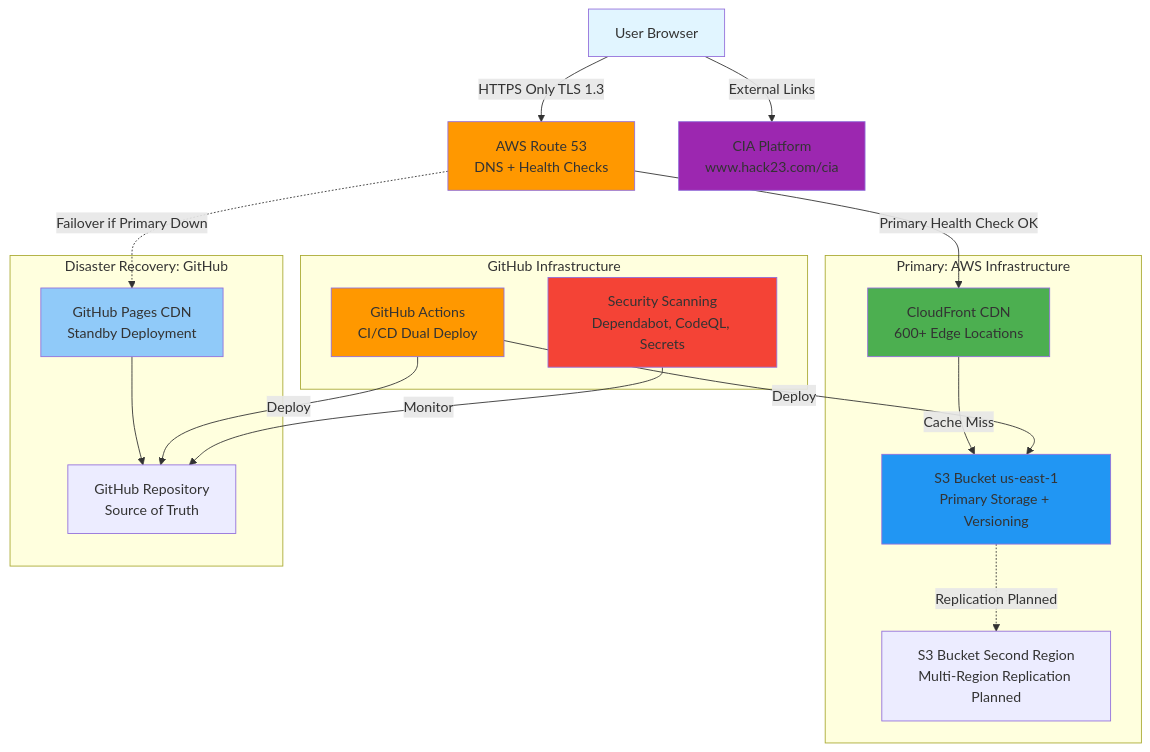
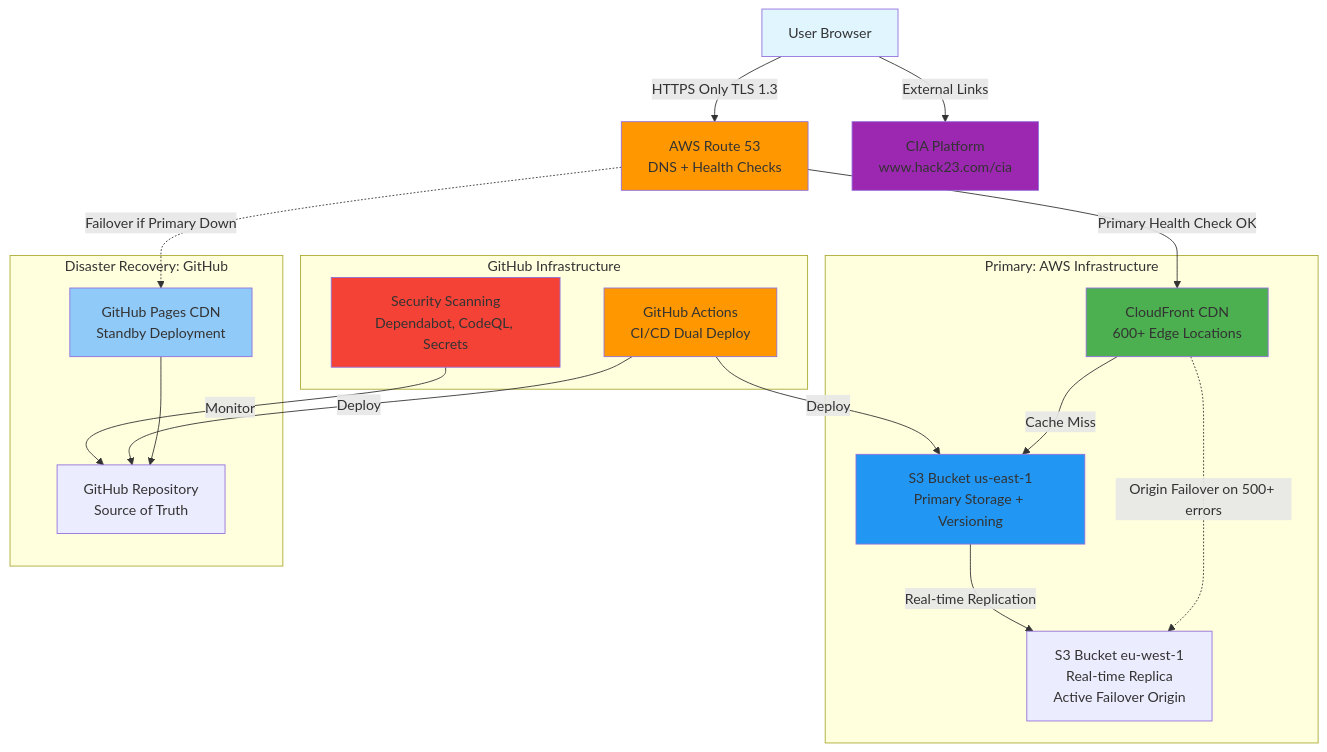
One commit to Hack23/riksdagsmonitor changed the diagram in SECURITY_ARCHITECTURE.md. Above: the diagram before and after it, drawn with Mermaid. The commit also changed other lines of this file and 3 other files, not shown here.

Commit message:
Update documentation for multi-region S3 replication (us-east-1 → eu-west-1) and CloudFront origin failover

````diff
--- a/SECURITY_ARCHITECTURE.md
+++ b/SECURITY_ARCHITECTURE.md
@@ -36,47 +36,48 @@
 ```mermaid
 graph TB
     User[User Browser]
     Route53[AWS Route 53<br/>DNS + Health Checks]
     
     subgraph "Primary: AWS Infrastructure"
         CF[CloudFront CDN<br/>600+ Edge Locations]
         S3US[S3 Bucket us-east-1<br/>Primary Storage + Versioning]
-        S3EU[S3 Bucket Second Region<br/>Multi-Region Replication Planned]
+        S3EU[S3 Bucket eu-west-1<br/>Real-time Replica<br/>Active Failover Origin]
     end
     
     subgraph "Disaster Recovery: GitHub"
         GHCDN[GitHub Pages CDN<br/>Standby Deployment]
         GitHub[GitHub Repository<br/>Source of Truth]
     end
     
     CIA[CIA Platform<br/>www.hack23.com/cia]
     
     User -->|HTTPS Only TLS 1.3| Route53
     Route53 -->|Primary Health Check OK| CF
     Route53 -.->|Failover if Primary Down| GHCDN
     
     CF -->|Cache Miss| S3US
-    S3US -.->|Replication Planned| S3EU
+    CF -.->|Origin Failover on 500+ errors| S3EU
+    S3US -->|Real-time Replication| S3EU
     GHCDN --> GitHub
     
     User -->|External Links| CIA
     
     subgraph "GitHub Infrastructure"
         GitHub
         Actions[GitHub Actions<br/>CI/CD Dual Deploy]
         Security[Security Scanning<br/>Dependabot, CodeQL, Secrets]
     end
     
     Actions -->|Deploy| S3US
     Actions -->|Deploy| GitHub
     Security -->|Monitor| GitHub
     
     style User fill:#e1f5ff
     style Route53 fill:#ff9800
     style CF fill:#4caf50
     style S3US fill:#2196f3
     style GHCDN fill:#90caf9
     style Actions fill:#ff9800
     style Security fill:#f44336
     style CIA fill:#9c27b0
 ```
````
